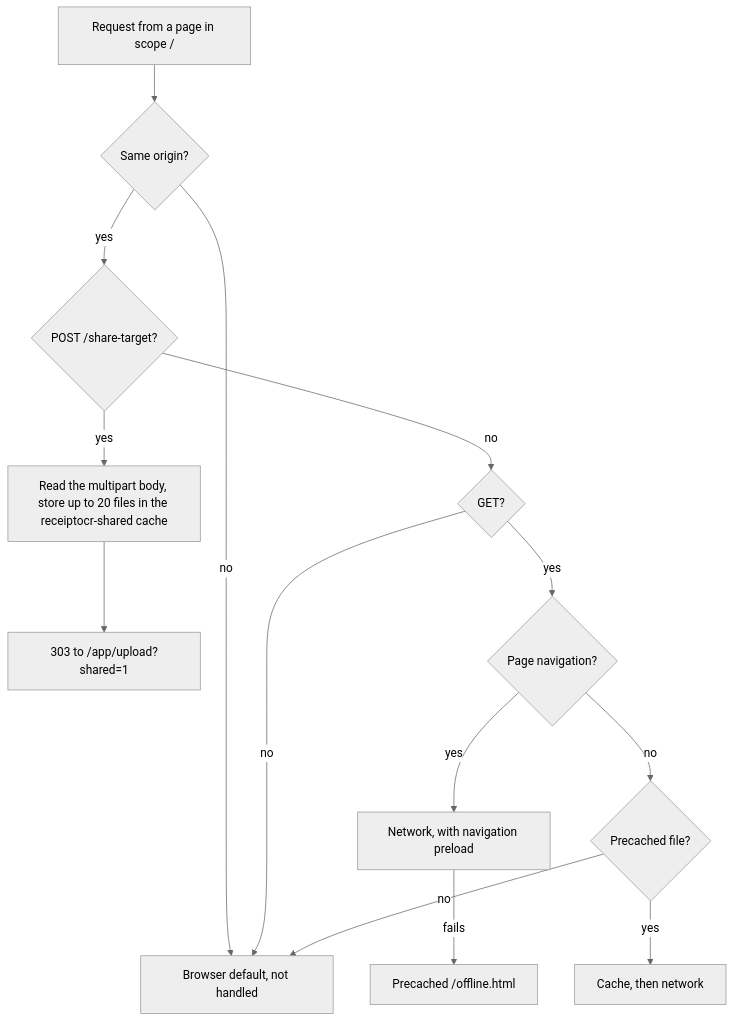
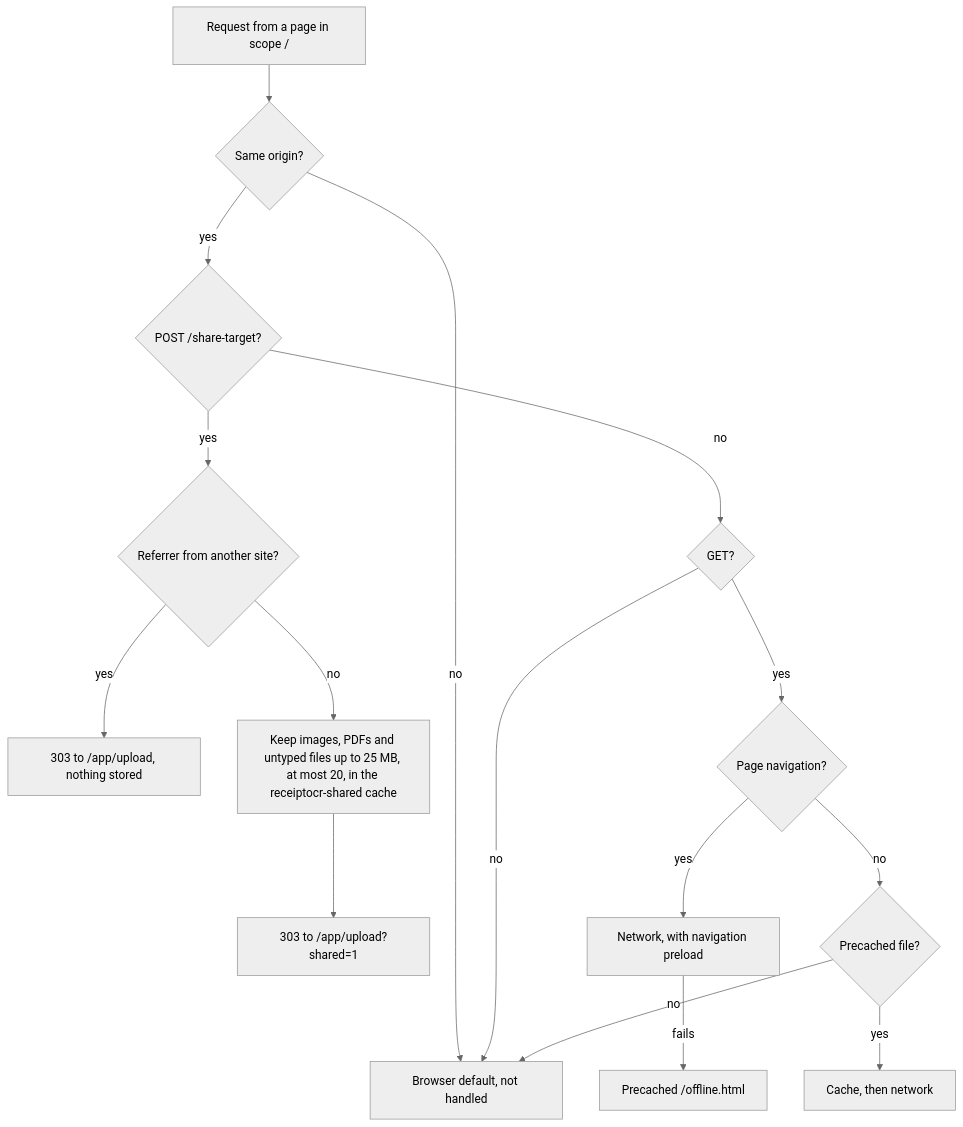
Before and after one commit to bhimrazy/receipt-ocr-app: the second of 2 diagrams in docs/architecture/web.md, drawn with Mermaid (neutral theme). The commit also changed other lines of this file and 2 other files, not shown here.

````diff
--- a/docs/architecture/web.md
+++ b/docs/architecture/web.md
@@ -157,16 +158,18 @@
 ```mermaid
 flowchart TD
   R[Request from a page in scope /] --> O{Same origin?}
   O -- no --> N[Browser default, not handled]
   O -- yes --> S{POST /share-target?}
-  S -- yes --> F[Read the multipart body, store up to 20 files in the receiptocr-shared cache]
+  S -- yes --> RF{Referrer from another site?}
+  RF -- yes --> D[303 to /app/upload, nothing stored]
+  RF -- no --> F[Keep images, PDFs and untyped files up to 25 MB, at most 20, in the receiptocr-shared cache]
   F --> U[303 to /app/upload?shared=1]
   S -- no --> G{GET?}
   G -- no --> N
   G -- yes --> M{Page navigation?}
   M -- yes --> W[Network, with navigation preload]
   W -- fails --> X[Precached /offline.html]
   M -- no --> P{Precached file?}
   P -- yes --> C[Cache, then network]
   P -- no --> N
 ```
````
